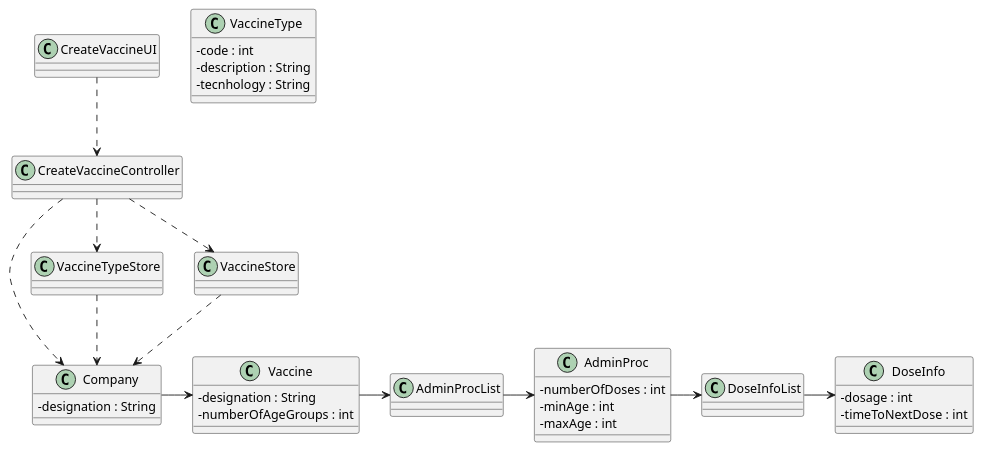
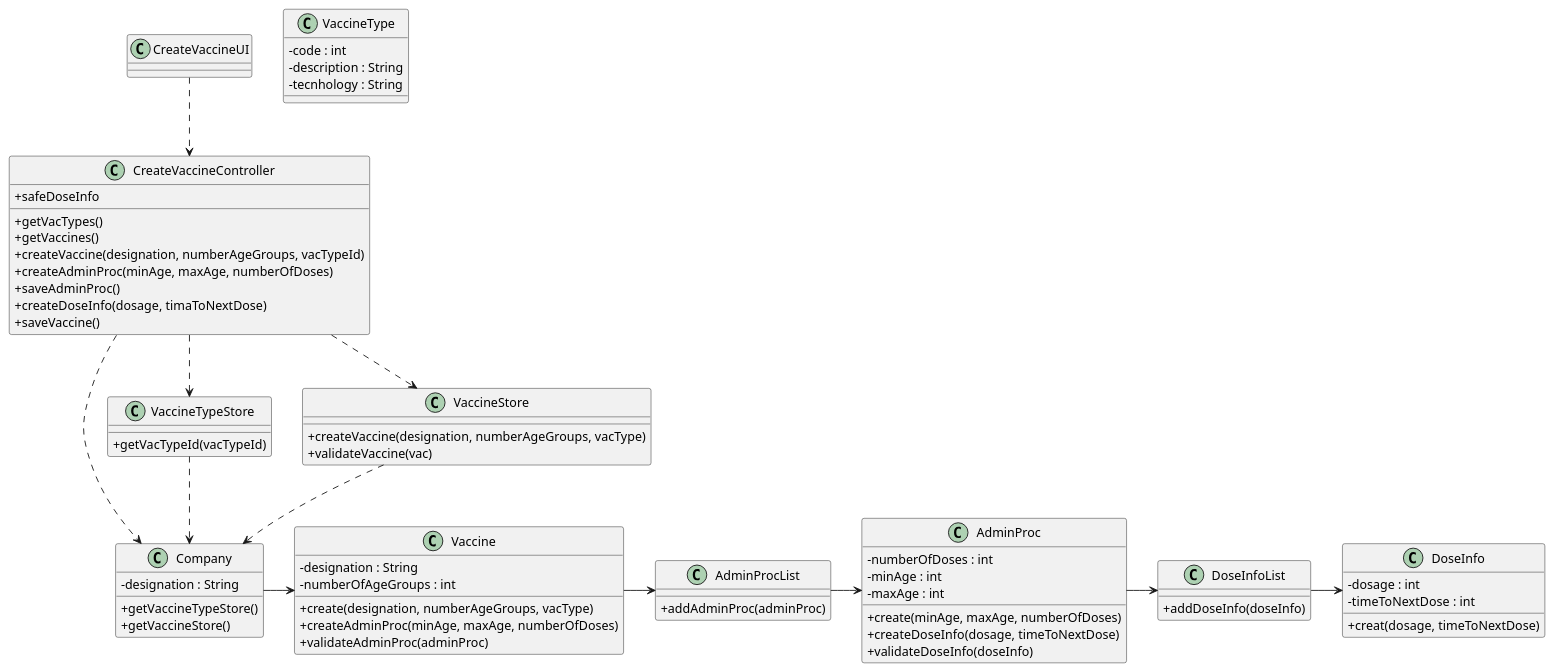
Before and after one commit to miseEnPlace-i/lapr2: the diagram in docs/SprintB/US13/CD/US13_CD.puml, drawn with PlantUML.

Commit message:
docs(US13): add all methods CD

```diff
--- a/docs/SprintB/US13/CD/US13_CD.puml
+++ b/docs/SprintB/US13/CD/US13_CD.puml
@@ -1,66 +1,87 @@
 @startuml
 skinparam classAttributeIconSize 0
 
 class CreateVaccineUI{
 
 }
 
 class CreateVaccineController{
-
+    +getVacTypes()
+    +getVaccines()
+    +createVaccine(designation, numberAgeGroups, vacTypeId)
+    +createAdminProc(minAge, maxAge, numberOfDoses)
+    +saveAdminProc()
+    +createDoseInfo(dosage, timaToNextDose)
+    +safeDoseInfo
+    +saveVaccine()
 }
 
 class Company{
     -designation : String
+
+    +getVaccineTypeStore()
+    +getVaccineStore()
 }
 
 class VaccineTypeStore{
-
+    +getVacTypeId(vacTypeId)
 }
 
 class VaccineStore{
-
+    +createVaccine(designation, numberAgeGroups, vacType)
+    +validateVaccine(vac)
 }
 
 class Vaccine{
     -designation : String
     -numberOfAgeGroups : int
+
+    +create(designation, numberAgeGroups, vacType)
+    +createAdminProc(minAge, maxAge, numberOfDoses)
+    +validateAdminProc(adminProc)
 }
 
 class VaccineType{
     -code : int
     -description : String
     -tecnhology : String
 }
 
 class AdminProc{
     -numberOfDoses : int
     -minAge : int
     -maxAge : int
+
+    +create(minAge, maxAge, numberOfDoses)
+    +createDoseInfo(dosage, timeToNextDose)
+    +validateDoseInfo(doseInfo)
 }
 
 class AdminProcList{
-
+    +addAdminProc(adminProc)
 }
 
 class DoseInfo{
     -dosage : int
     -timeToNextDose : int
+
+    +creat(dosage, timeToNextDose)
 }
 
 class DoseInfoList{
-
+    +addDoseInfo(doseInfo)
 }
 
 CreateVaccineUI ..> CreateVaccineController
 CreateVaccineController ..> VaccineStore
 CreateVaccineController ..> VaccineTypeStore
 CreateVaccineController ..> Company
 VaccineStore ..> Company
 VaccineTypeStore ..> Company
 Company -> Vaccine
 Vaccine -> AdminProcList
 AdminProcList -> AdminProc
 AdminProc -> DoseInfoList
 DoseInfoList -> DoseInfo
 
 @enduml
```
